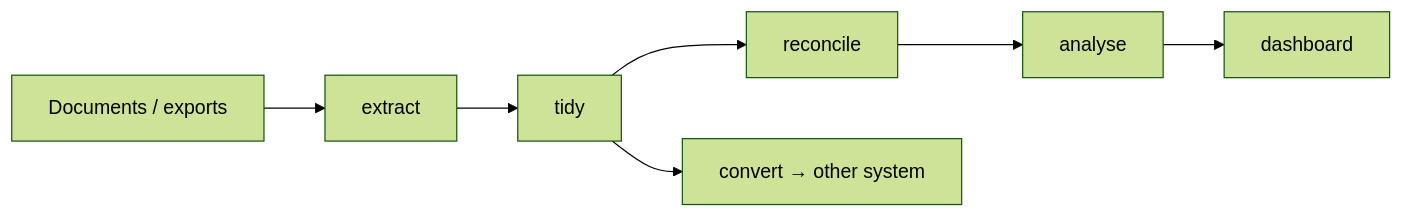
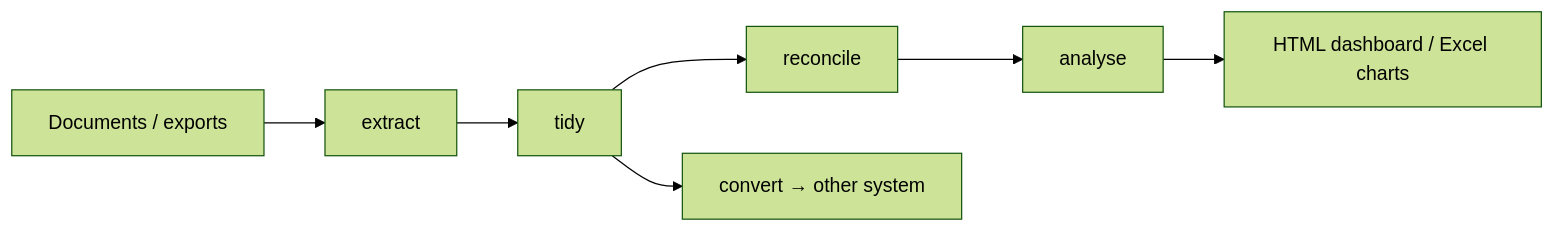
One commit to moonlight-lupin/data-toolkit changed the first of 2 diagrams in README.md. Above: the diagram before and after it, drawn with Mermaid (forest theme). The commit also changed other lines of this file, not shown here.

First line of the commit message:
docs(readme): reflect analyse depth, visualise HTML/Excel, and ingest extras

````diff
--- a/README.md
+++ b/README.md
@@ -121,9 +122,9 @@
 ```mermaid
 flowchart LR
   A[Documents / exports] --> B[extract]
   B --> C[tidy]
   C --> D[reconcile]
   D --> E[analyse]
-  E --> F[dashboard]
+  E --> F[HTML dashboard / Excel charts]
   C --> G[convert → other system]
 ```
````
